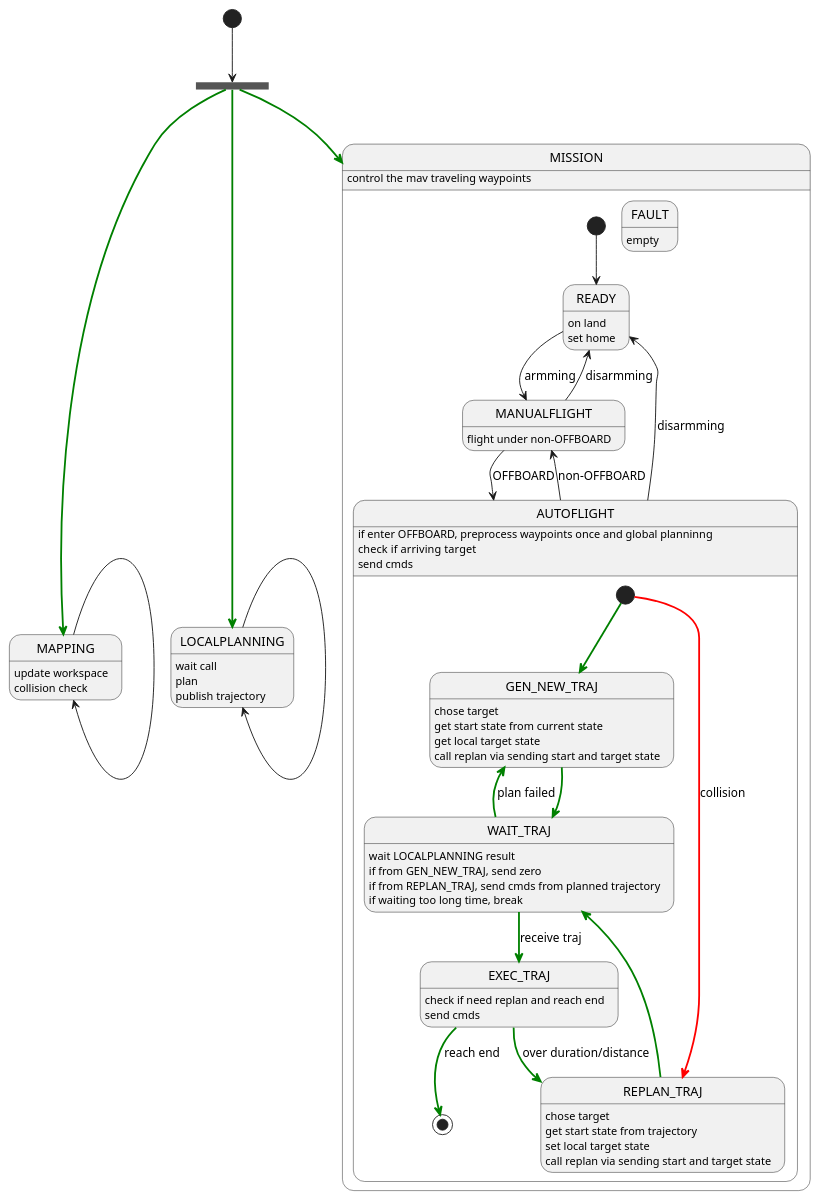
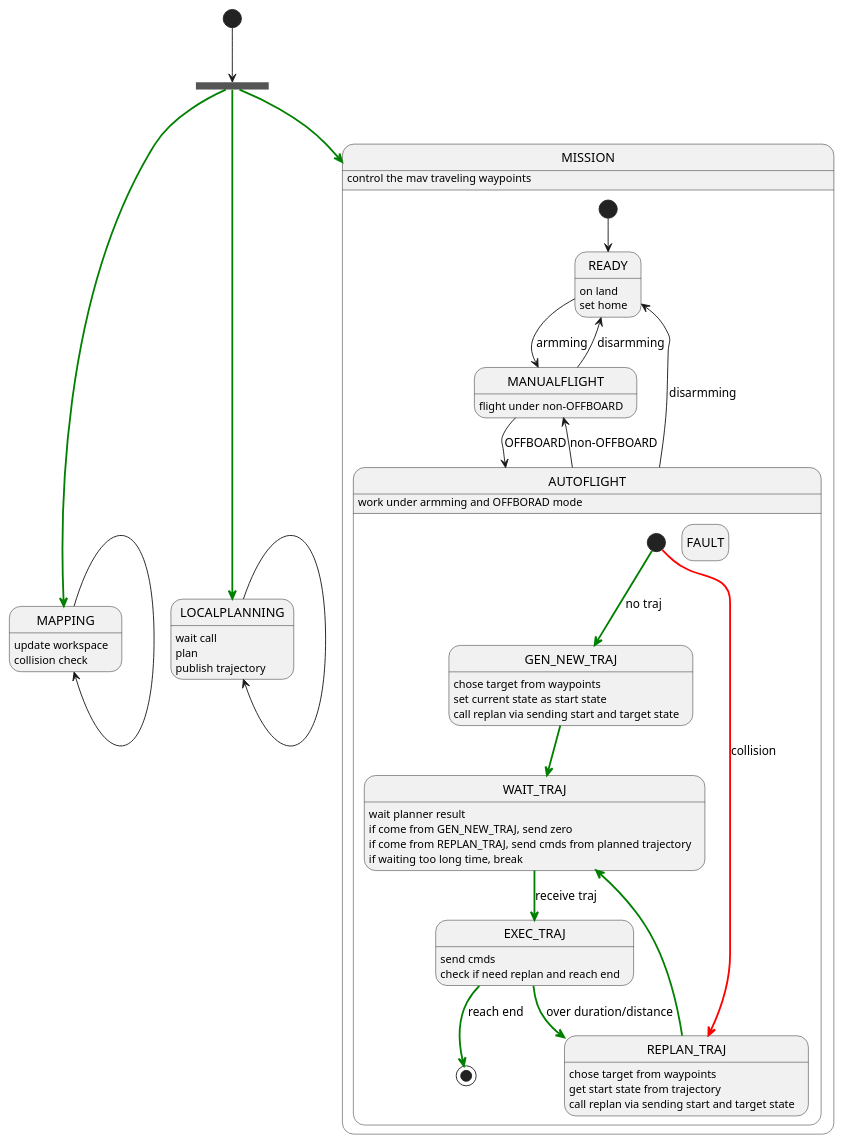
One commit to SEU-Drones/yfoa changed the diagram in state.puml. Above: the diagram before and after it, drawn with PlantUML. The commit also changed 4 other files, not shown here.

```diff
--- a/state.puml
+++ b/state.puml
@@ -1,80 +1,77 @@
 @startuml
 hide empty description
 
 state MAPPING: update workspace
 MAPPING: collision check
 MAPPING-->MAPPING
 
 state LOCALPLANNING: wait call
 LOCALPLANNING: plan
 LOCALPLANNING: publish trajectory
 LOCALPLANNING-->LOCALPLANNING
 
 state MISSION: control the mav traveling waypoints
 state MISSION{
 
     state READY: on land
     READY: set home
 
     state MANUALFLIGHT: flight under non-OFFBOARD
     ' MANUALFLIGHT: if enter OFFBOARD, preprocess waypoints
 
-    state AUTOFLIGHT: if enter OFFBOARD, preprocess waypoints once and global planninng
-    AUTOFLIGHT: check if arriving  target
-    AUTOFLIGHT: send cmds
+    state AUTOFLIGHT: work under armming and OFFBORAD mode
     state AUTOFLIGHT{
-        state GEN_NEW_TRAJ: chose target
-        GEN_NEW_TRAJ: get start state from current state
-        GEN_NEW_TRAJ: get local target state
+        state GEN_NEW_TRAJ: chose target from waypoints
+        GEN_NEW_TRAJ: set current state as start state
         GEN_NEW_TRAJ: call replan via sending start and target state
 
-        state REPLAN_TRAJ: chose target
+        state WAIT_TRAJ: wait planner result
+        WAIT_TRAJ: if come from GEN_NEW_TRAJ, send zero
+        WAIT_TRAJ: if come from REPLAN_TRAJ, send cmds from planned trajectory
+        WAIT_TRAJ: if waiting too long time, break
+
+        state EXEC_TRAJ: send cmds
+        EXEC_TRAJ: check if need replan and reach end
+
+        state REPLAN_TRAJ: chose target from waypoints
         REPLAN_TRAJ: get start state from trajectory
-        REPLAN_TRAJ: set local target state
         REPLAN_TRAJ: call replan via sending start and target state
 
-        state EXEC_TRAJ: check if need replan and reach end
-        EXEC_TRAJ: send cmds
-
-        state WAIT_TRAJ: wait LOCALPLANNING result
-        WAIT_TRAJ: if from GEN_NEW_TRAJ, send zero
-        WAIT_TRAJ: if from REPLAN_TRAJ, send cmds from planned trajectory
-        WAIT_TRAJ: if waiting too long time, break
-
-
-        [*]-[#green,bold]-->GEN_NEW_TRAJ
+        [*]-[#green,bold]-->GEN_NEW_TRAJ: no traj
         [*]-[#red,bold]-->REPLAN_TRAJ: collision
 
         GEN_NEW_TRAJ-[#green,bold]->WAIT_TRAJ
-        WAIT_TRAJ-[#green,bold]->GEN_NEW_TRAJ: plan failed
+        ' WAIT_TRAJ-[#green,bold]->GEN_NEW_TRAJ: plan failed
 
         WAIT_TRAJ-[#green,bold]->EXEC_TRAJ: receive traj
         EXEC_TRAJ-[#green,bold]->REPLAN_TRAJ: over duration/distance
 
         REPLAN_TRAJ-[#green,bold]->WAIT_TRAJ
 
-        EXEC_TRAJ-[#green,bold]->[*]: reach end
+        EXEC_TRAJ-[#green,bold]->[*]: reach end     
+
+        state FAULT 
     }
 
-    state FAULT: empty
+
 
     ' [*] -[#green,bold]-> IDLE: initialization
     [*]-->READY
     READY --> MANUALFLIGHT: armming
     MANUALFLIGHT-->READY: disarmming
     ' MANUALFLIGHT --> MANUALFLIGHT
     MANUALFLIGHT --> AUTOFLIGHT: OFFBOARD
     AUTOFLIGHT --> MANUALFLIGHT: non-OFFBOARD
     AUTOFLIGHT --> READY: disarmming
 
 }
 
 state fork_state <<fork>>
 [*]-->fork_state
 fork_state-[#green,bold]->MISSION
 fork_state-[#green,bold]->MAPPING
 fork_state-[#green,bold]->LOCALPLANNING
 
 ' MAPPING-[#red,bold]->REPLAN_TRAJ
 
 @enduml
```
